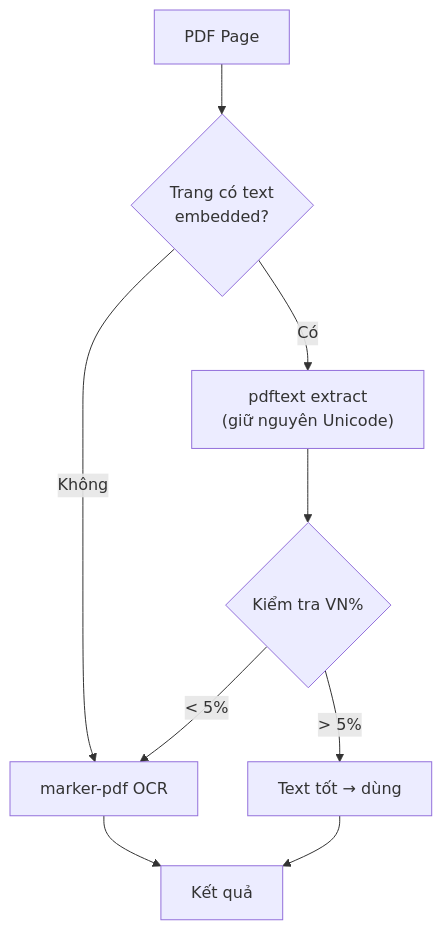
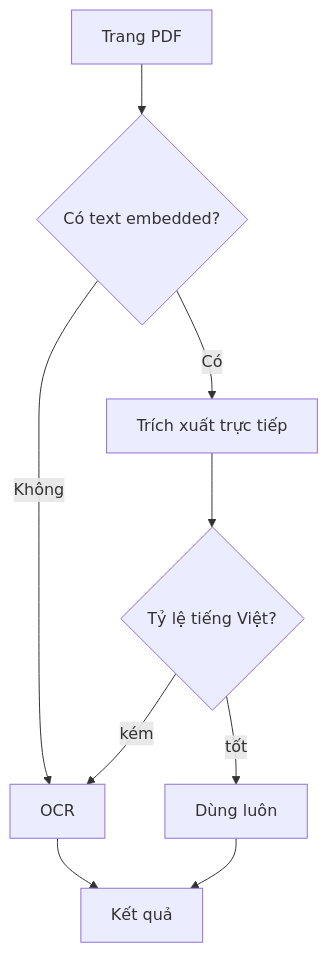
One commit to PVN-Organization/PDF-to-MD changed the fourth of 4 diagrams in README.md. Above: the diagram before and after it, drawn with Mermaid. The commit also changed other lines of this file and 352 other files, not shown here.

First line of the commit message:
Clean up repo: remove junk files, add README with pipeline flowcharts

````diff
--- a/README.md
+++ b/README.md
@@ -198,13 +211,13 @@
 ```mermaid
 flowchart TD
-    Input["PDF Page"] --> Check{"Trang có text<br/>embedded?"}
-    Check -->|Có| PDFText["pdftext extract<br/>(giữ nguyên Unicode)"]
-    Check -->|Không| Marker["marker-pdf OCR"]
+    Input["Trang PDF"] --> Check{"Có text embedded?"}
+    Check -->|Có| PDFText["Trích xuất trực tiếp"]
+    Check -->|Không| Marker["OCR"]
 
-    PDFText --> VNCheck{"Kiểm tra VN%"}
-    VNCheck -->|"> 5%"| Good["Text tốt → dùng"]
-    VNCheck -->|"< 5%"| Marker
+    PDFText --> VNCheck{"Tỷ lệ tiếng Việt?"}
+    VNCheck -->|"tốt"| Good["Dùng luôn"]
+    VNCheck -->|"kém"| Marker
 
     Marker --> Result["Kết quả"]
     Good --> Result
 ```
````
